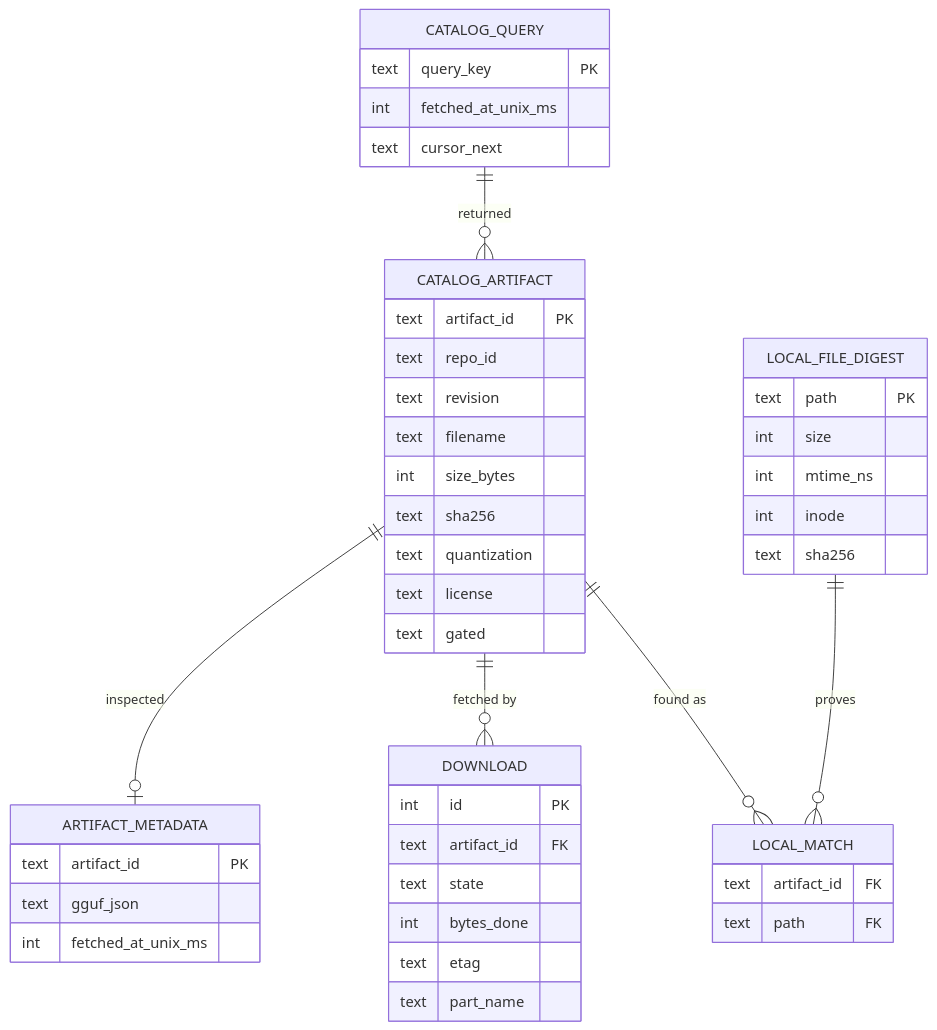
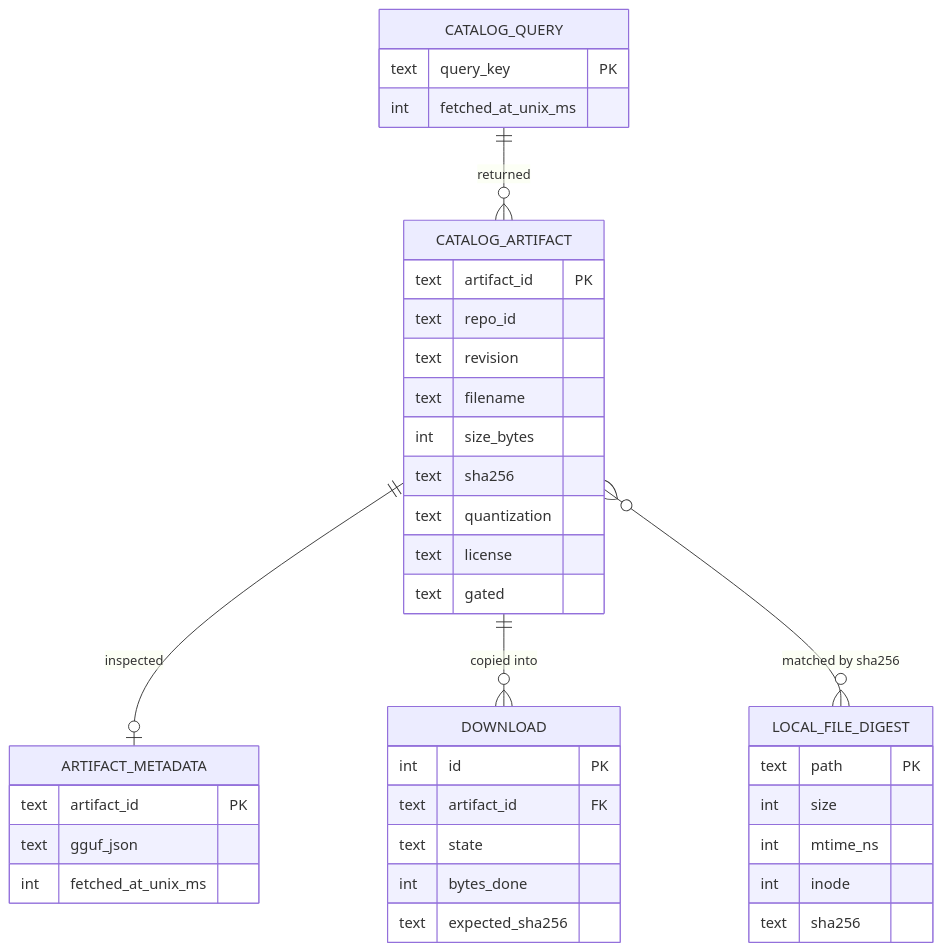
The first of 7 diagrams in docs/04-roadmap/m1/Diagrams.md (dexterhere/kvlm), drawn with Mermaid before and after one commit. The commit also changed other lines of this file and 2 other files, not shown here.

````diff
--- a/docs/04-roadmap/m1/Diagrams.md
+++ b/docs/04-roadmap/m1/Diagrams.md
@@ -7,48 +7,41 @@
 ```mermaid
 erDiagram
     CATALOG_QUERY ||--o{ CATALOG_ARTIFACT : "returned"
     CATALOG_ARTIFACT ||--o| ARTIFACT_METADATA : "inspected"
-    CATALOG_ARTIFACT ||--o{ DOWNLOAD : "fetched by"
-    CATALOG_ARTIFACT ||--o{ LOCAL_MATCH : "found as"
-    LOCAL_FILE_DIGEST ||--o{ LOCAL_MATCH : "proves"
+    CATALOG_ARTIFACT ||--o{ DOWNLOAD : "copied into"
+    CATALOG_ARTIFACT }o--o{ LOCAL_FILE_DIGEST : "matched by sha256"
     CATALOG_QUERY {
         text query_key PK
         int fetched_at_unix_ms
-        text cursor_next
     }
     CATALOG_ARTIFACT {
         text artifact_id PK
         text repo_id
         text revision
         text filename
         int size_bytes
         text sha256
         text quantization
         text license
         text gated
     }
     ARTIFACT_METADATA {
         text artifact_id PK
         text gguf_json
         int fetched_at_unix_ms
     }
     DOWNLOAD {
         int id PK
         text artifact_id FK
         text state
         int bytes_done
-        text etag
-        text part_name
+        text expected_sha256
     }
     LOCAL_FILE_DIGEST {
         text path PK
         int size
         int mtime_ns
         int inode
         text sha256
     }
-    LOCAL_MATCH {
-        text artifact_id FK
-        text path FK
-    }
 ```
````
